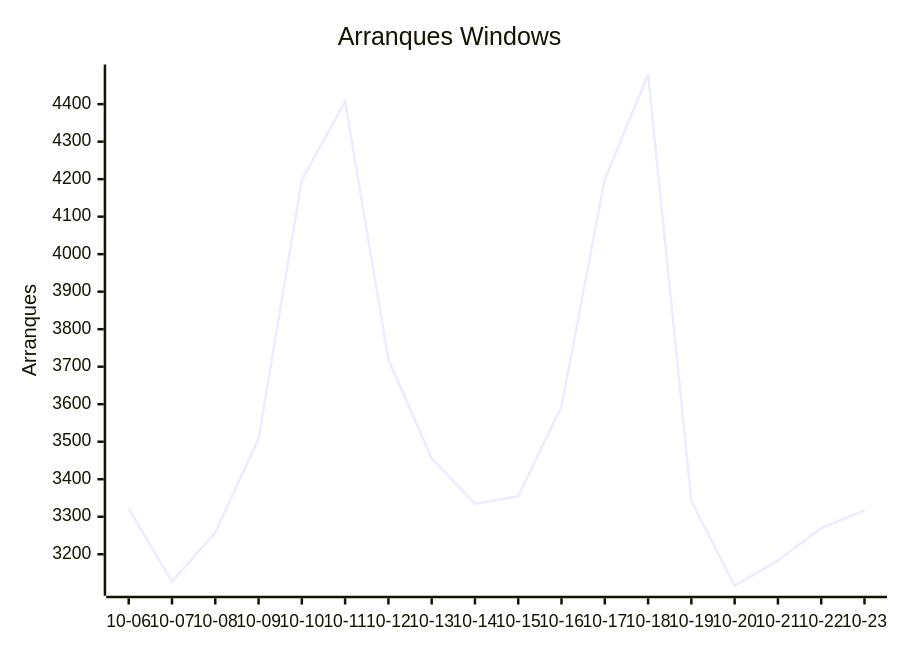
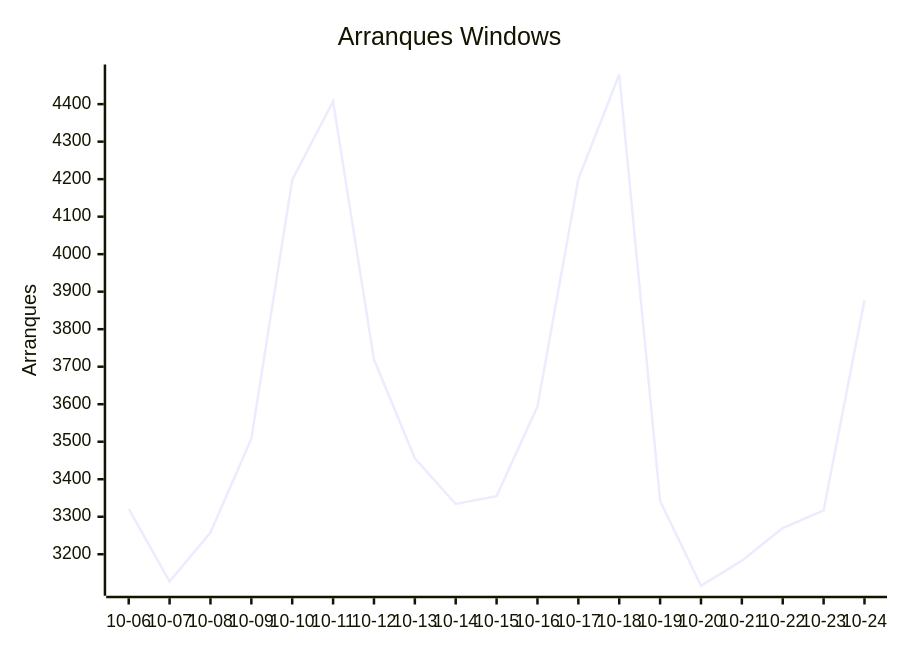
One commit to EmuDeck/stats changed the third of 9 diagrams in README.md. Above: the diagram before and after it, drawn with Mermaid. The commit also changed other lines of this file and 2 other files, not shown here.

````diff
--- a/README.md
+++ b/README.md
@@ -34,7 +34,7 @@
 ```mermaid
 xychart-beta
     title "Arranques Windows"
-    x-axis ["10-06", "10-07", "10-08", "10-09", "10-10", "10-11", "10-12", "10-13", "10-14", "10-15", "10-16", "10-17", "10-18", "10-19", "10-20", "10-21", "10-22", "10-23"]
+    x-axis ["10-06", "10-07", "10-08", "10-09", "10-10", "10-11", "10-12", "10-13", "10-14", "10-15", "10-16", "10-17", "10-18", "10-19", "10-20", "10-21", "10-22", "10-23", "10-24"]
     y-axis "Arranques"
-    line [3321, 3127, 3258, 3508, 4198, 4407, 3719, 3456, 3334, 3355, 3594, 4200, 4479, 3342, 3116, 3183, 3270, 3317]
+    line [3321, 3127, 3258, 3508, 4198, 4407, 3719, 3456, 3334, 3355, 3594, 4200, 4479, 3342, 3116, 3183, 3270, 3317, 3877]
 ```
````
